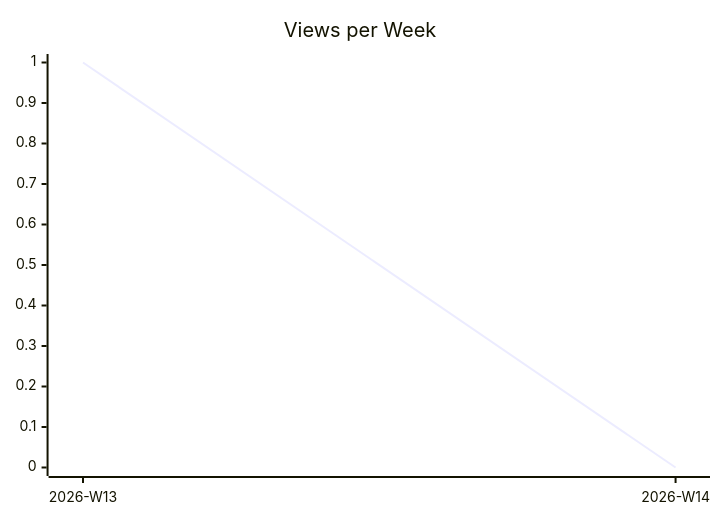
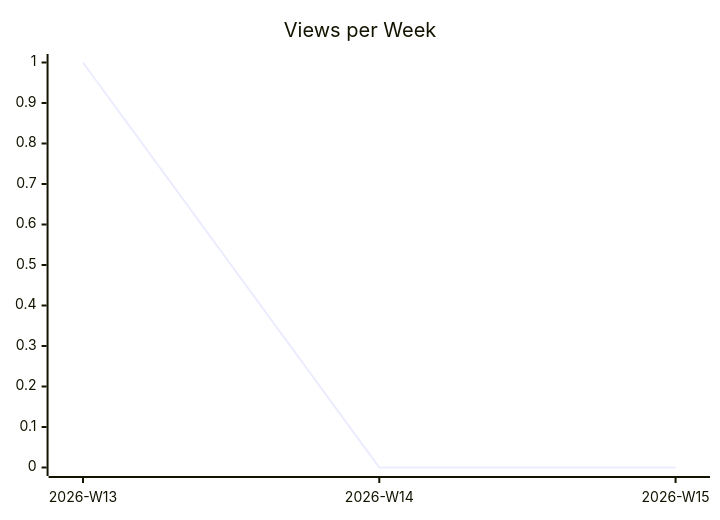
Before and after one commit to justdavis-family/github-analytics-data: the second of 3 diagrams in karlmdavis/justdavis-finances/README.md, drawn with Mermaid. The commit also changed other lines of this file and 190 other files, not shown here.

````diff
--- a/karlmdavis/justdavis-finances/README.md
+++ b/karlmdavis/justdavis-finances/README.md
@@ -12,6 +12,6 @@
 ```mermaid
 xychart-beta
   title "Views per Week"
-  x-axis ["2026-W13", "2026-W14"]
-  line [1, 0]
+  x-axis ["2026-W13", "2026-W14", "2026-W15"]
+  line [1, 0, 0]
 ```
````
